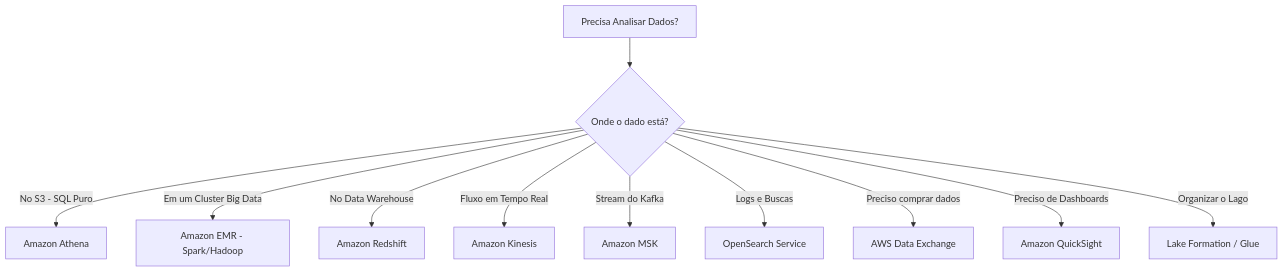
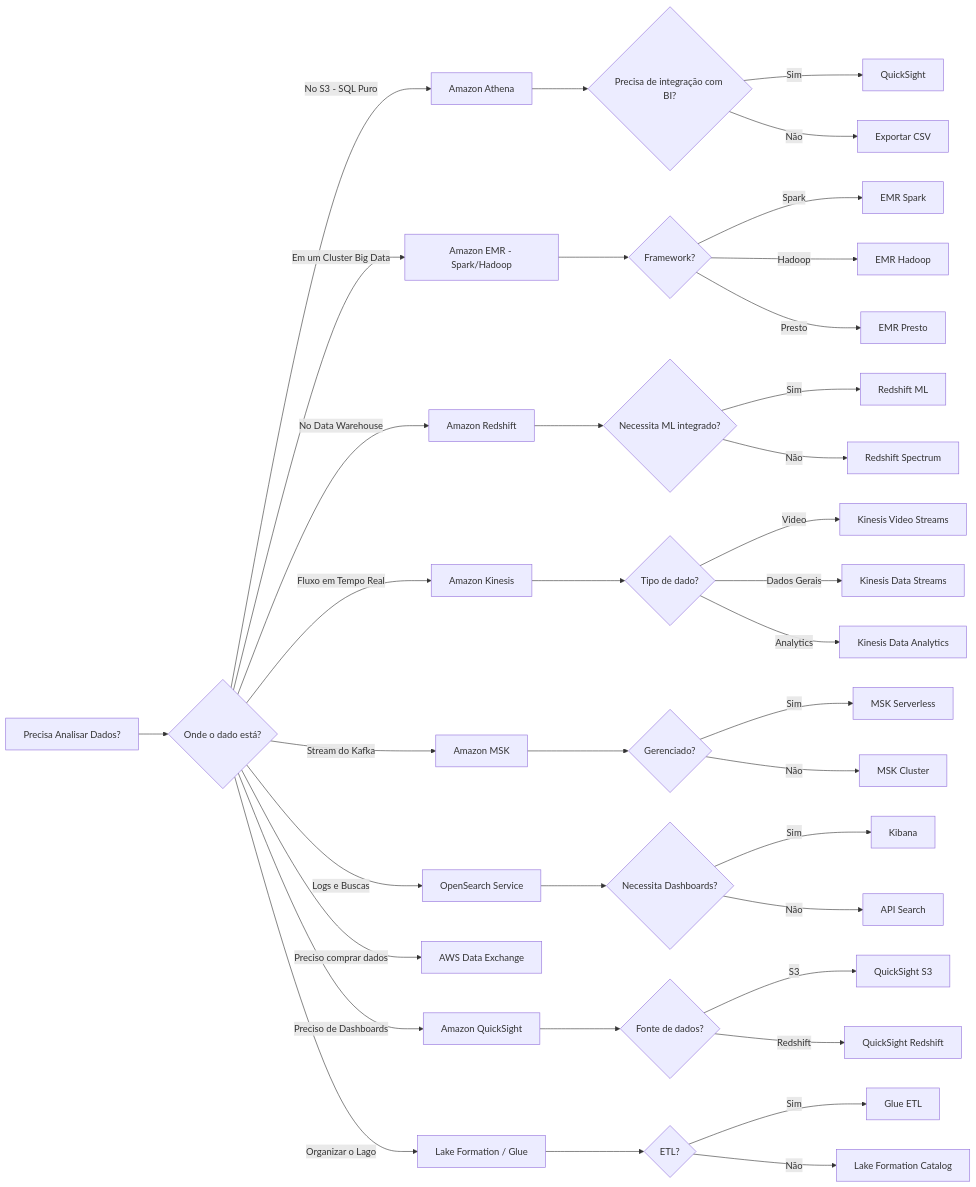
The first of 10 diagrams in FlashCards/Web/wwwroot/minimal/decision-trees-aws-services.md (marcelooliveira/flashcards-aws), drawn with Mermaid before and after one commit. The commit also changed other lines of this file, not shown here.

````diff
--- a/FlashCards/Web/wwwroot/minimal/decision-trees-aws-services.md
+++ b/FlashCards/Web/wwwroot/minimal/decision-trees-aws-services.md
@@ -5,13 +5,39 @@
 ```mermaid
-graph TD
+graph LR
     A[Precisa Analisar Dados?] --> B{Onde o dado está?}
     B -- No S3 - SQL Puro --> C[Amazon Athena]
+    C --> C1{Precisa de integração com BI?}
+    C1 -- Sim --> C2[QuickSight]
+    C1 -- Não --> C3[Exportar CSV]
     B -- Em um Cluster Big Data --> D[Amazon EMR - Spark/Hadoop]
+    D --> D1{Framework?}
+    D1 -- Spark --> D2[EMR Spark]
+    D1 -- Hadoop --> D3[EMR Hadoop]
+    D1 -- Presto --> D4[EMR Presto]
     B -- No Data Warehouse --> E[Amazon Redshift]
+    E --> E1{Necessita ML integrado?}
+    E1 -- Sim --> E2[Redshift ML]
+    E1 -- Não --> E3[Redshift Spectrum]
     B -- Fluxo em Tempo Real --> F[Amazon Kinesis]
+    F --> F1{Tipo de dado?}
+    F1 -- Video --> F2[Kinesis Video Streams]
+    F1 -- Dados Gerais --> F3[Kinesis Data Streams]
+    F1 -- Analytics --> F4[Kinesis Data Analytics]
     B -- Stream do Kafka --> G[Amazon MSK]
+    G --> G1{Gerenciado?}
+    G1 -- Sim --> G2[MSK Serverless]
+    G1 -- Não --> G3[MSK Cluster]
     B -- Logs e Buscas --> H[OpenSearch Service]
+    H --> H1{Necessita Dashboards?}
+    H1 -- Sim --> H2[Kibana]
+    H1 -- Não --> H3[API Search]
     B -- Preciso comprar dados --> I[AWS Data Exchange]
     B -- Preciso de Dashboards --> J[Amazon QuickSight]
+    J --> J1{Fonte de dados?}
+    J1 -- S3 --> J2[QuickSight S3]
+    J1 -- Redshift --> J3[QuickSight Redshift]
     B -- Organizar o Lago --> K[Lake Formation / Glue]
+    K --> K1{ETL?}
+    K1 -- Sim --> K2[Glue ETL]
+    K1 -- Não --> K3[Lake Formation Catalog]
 ```
````
